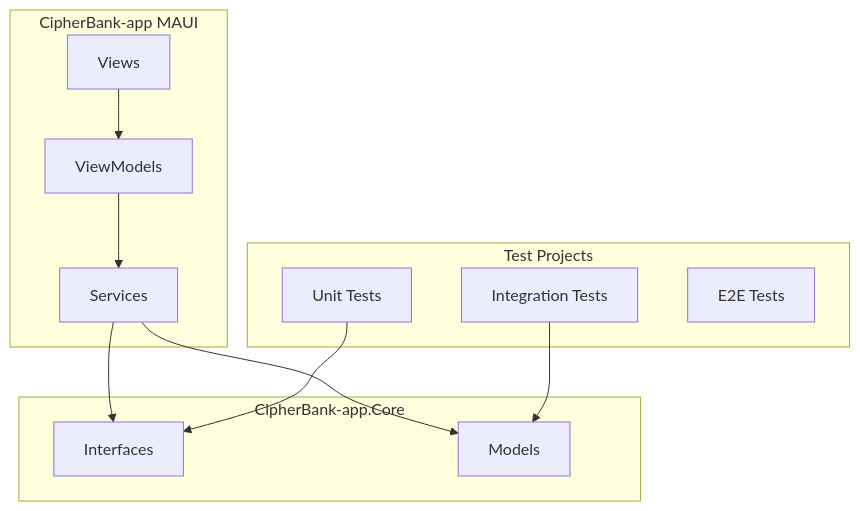
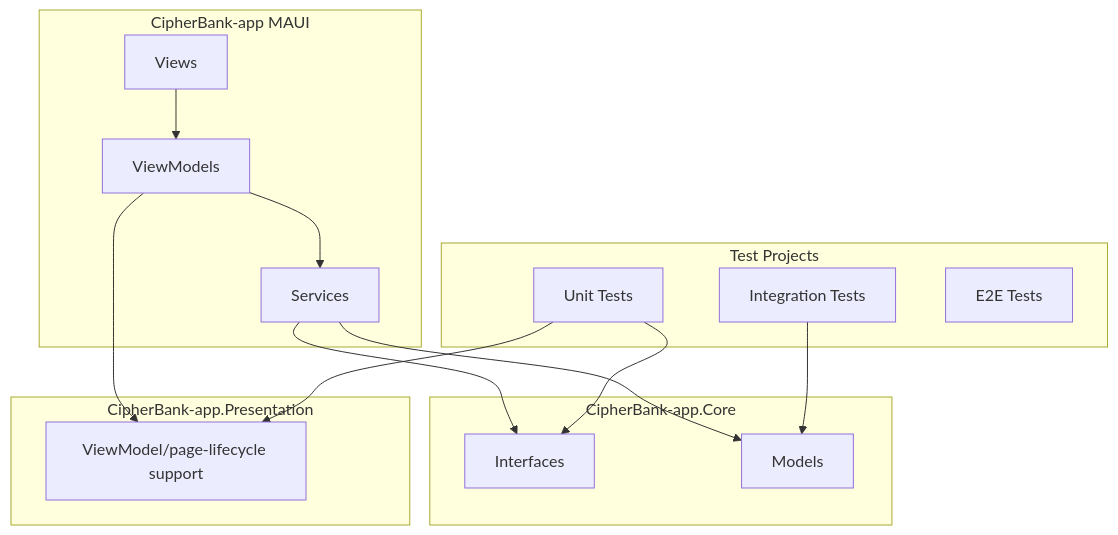
The first of 2 diagrams in docs/architecture.md (CB-st/CipherBank-App), drawn with Mermaid before and after one commit. The commit also changed other lines of this file and 14 other files, not shown here.

First line of the commit message:
Move PurchaseRequestLifetime out of Core into a platform-neutral Presentation project

````diff
--- a/docs/architecture.md
+++ b/docs/architecture.md
@@ -7,23 +7,28 @@
 ```mermaid
 flowchart TB
     subgraph app [CipherBank-app MAUI]
         Views[Views]
         ViewModels[ViewModels]
         Services[Services]
     end
     subgraph core [CipherBank-app.Core]
         CoreInterfaces[Interfaces]
         CoreModels[Models]
     end
+    subgraph presentation [CipherBank-app.Presentation]
+        Lifetime[ViewModel/page-lifecycle support]
+    end
     subgraph tests [Test Projects]
         UnitTests[Unit Tests]
         IntegrationTests[Integration Tests]
         E2ETests[E2E Tests]
     end
     Views --> ViewModels
+    ViewModels --> Lifetime
+    UnitTests --> Lifetime
     ViewModels --> Services
     Services --> CoreInterfaces
     Services --> CoreModels
     UnitTests --> CoreInterfaces
     IntegrationTests --> CoreModels
 ```
````
